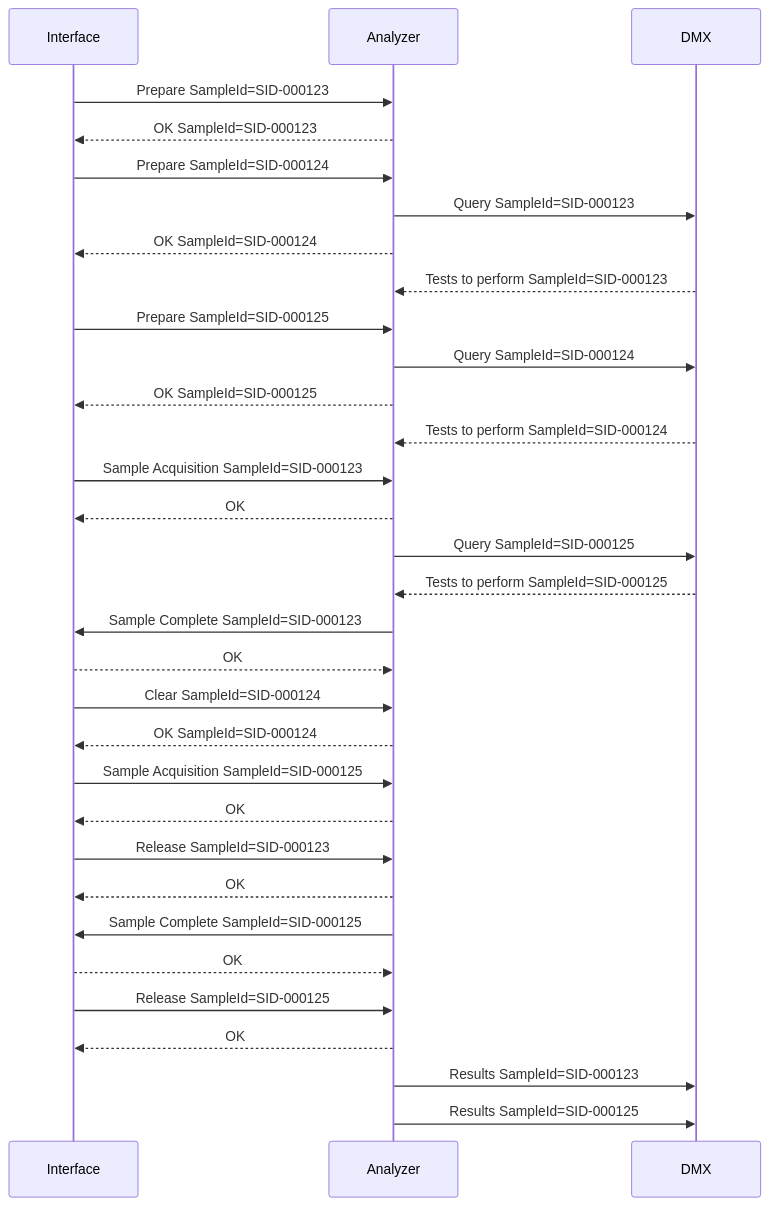
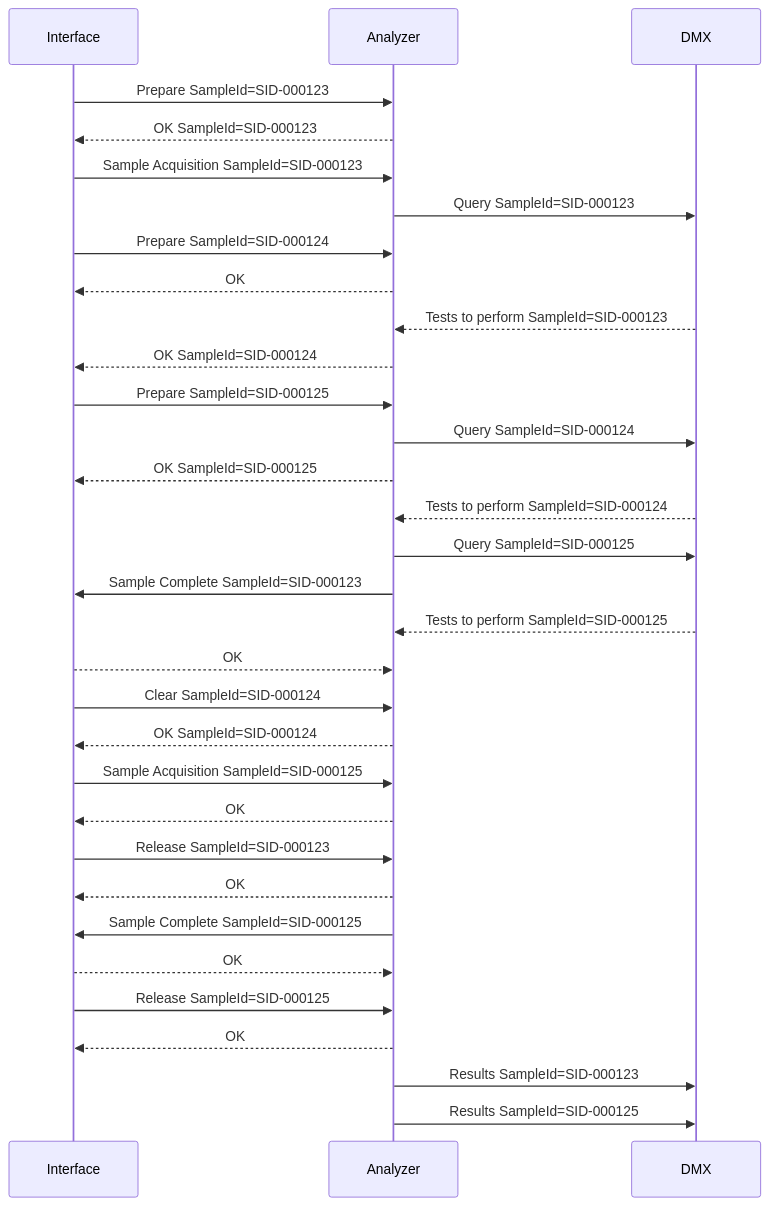
The diagram in scenes/10_spur_clear_missing_carrier.mmd (specialk74/trackviz), drawn with Mermaid before and after one commit. The commit also changed 31 other files, not shown here.

```diff
--- a/scenes/10_spur_clear_missing_carrier.mmd
+++ b/scenes/10_spur_clear_missing_carrier.mmd
@@ -1,187 +1,132 @@
 %% # Scene 10 — spur, a carrier expected in the spur is missing: Clear
 %% # Same situation as scene 03, on a spur. C2 is believed to be diverted (Prepare is sent)
 %% # but physically goes straight on the Main-Lane; its logical position is a dashed ghost
 %% # ("C2L"). C3 queues on top of it. At the sampling point the interface sends Clear for
 %% # C2 and, after the reply, Sample Acquisition for C3.
 %% # Carrier flow: right to left on the Main-Lane; the spur rises perpendicular to it.
 %% # Coordinates are in a fixed 1920x1080 space (track panel: x 30..950, y 120..885).
 %% # Points left of x=30 or right of x=950 are outside the panel (hidden).
 %% geometry spur
 %% subtitle Spur — a carrier expected in the spur is missing, Clear
 sequenceDiagram
     participant IF as Interface
     participant AN as Analyzer
     participant DMX as DMX
 
-    %% carrier C1 SID-000123 route=main_in,nsd,pit_in,spur_in,queue2,queue,sampling,spur_top_in,spur_top_out,spur_out,pit_out,merge,iface_out,main_out,gone speed=110
+    %% carrier C1 SID-000123 route=main_in,nsd,pit_in,spur_in,queue2,queue,sampling,spur_top_in,spur_top_out,spur_out,pit_out,merge,iface_out,main_out,gone
     %% # The real C2: it is not diverted and goes straight on the Main-Lane.
-    %% carrier C2 SID-000124 route=spawn,main_in,nsd,merge,iface_out,main_out,gone speed=110 color=#0EA5E9
+    %% carrier C2 SID-000124 route=spawn,main_in,nsd,merge,iface_out,main_out,gone color=#0EA5E9
     %% # Where the interface believes C2 is: diverted into the spur.
-    %% carrier C2L SID-000124 route=nsd,pit_in,spur_in,queue2,queue,sampling speed=110 color=#0EA5E9 ghost hidden tag=SID-000124_(expected)
-    %% carrier C3 SID-000125 route=spawn,main_in,nsd,pit_in,spur_in,queue2,queue,sampling,spur_top_in,spur_top_out,spur_out,pit_out,merge,iface_out,main_out,gone speed=110 color=#DB2777
+    %% carrier C2L SID-000124 route=nsd,pit_in,spur_in,queue2,queue,sampling color=#0EA5E9 ghost hidden tag=SID-000124_(expected)
+    %% carrier C3 SID-000125 route=spawn,main_in,nsd,pit_in,spur_in,queue2,queue,sampling,spur_top_in,spur_top_out,spur_out,pit_out,merge,iface_out,main_out,gone color=#DB2777
 
-    %% at 0
     %% caption 1 · Three carriers | Three carriers holding sample tubes travel on the Main-Lane towards the spur of the analyzer interface.
-    %% at 1.5
-    %% move C1 to nsd ease=in
-    %% when C1 at nsd
-    %% move C1 to sampling ease=out
-    %% when C1 at nsd
-    %% caption 2 · Diverted — Prepare | The first carrier is diverted into the spur without stopping: the interface sends Prepare to the analyzer.
-    %% when C1 at nsd
+    %% at 2.2
+    %% move C1 to sampling
+    %% on antenna1 C1
+    %% caption 2 · Diverted — Prepare — Sample Acquisition | The first carrier is diverted into the spur without stopping (Prepare) and stopped by the gate on the sampling point: Sample Acquisition, then the analyzer aspirates.
+    %% on antenna1 C1
     %% highlight nsd duration=2
-    %% when C1 at nsd
+    %% on antenna1
     IF->>AN: Prepare SampleId=SID-000123
-    %% at 3.59
-    %% move C2 to gone ease=linear
-    %% when prepare C1 sent
-    %% delay 1.629
+    %% after 0.1
     AN-->>IF: OK SampleId=SID-000123
-    %% when C2 at nsd
+
+    %% at 4.9
+    %% move C2 to gone
+    %% on antenna2
+    IF->>AN: Sample Acquisition SampleId=SID-000123
+    %% after 0.1 OK C1
+    AN->>DMX: Query SampleId=SID-000123
+    %% # C2 reaches the NSD: logically diverted (ghost appears), physically straight on.
+    %% on antenna1 C2
+    %% caption 3 · Physically straight, logically diverted | The second carrier should be diverted too, and the interface sends Prepare. But physically it goes straight on the Main-Lane: the dashed outline is where the interface believes it is.
+    %% on antenna1 C2
+    %% highlight nsd duration=2
+    %% on antenna1 C2
+    %% show C2L duration=0.4
+    %% on antenna1 C2
+    %% move C2L to queue
+    %% on antenna1
     IF->>AN: Prepare SampleId=SID-000124
-    %% when sample_ok C1 sent
-    %% delay 0.8
-    %% highlight nsd duration=2
-    %% when sample_ok C1 sent
-    %% delay 0.8
-    %% caption 3 · Physically straight, logically diverted | The second carrier should be diverted too, and the interface sends Prepare. But physically it goes straight on the Main-Lane: the dashed outline is where the interface believes it is.
-    %% when sample_ok C1 sent
-    %% delay 0.8
-    %% show C2L duration=0.4
-    %% at 5.5
-    %% move C2L to queue ease=out
-    %% when sample_ok C1 arrived
-    %% delay 0.1
-    AN->>DMX: Query SampleId=SID-000123
-    %% at 6.59
-    %% move C3 to nsd ease=linear
-    %% when prepare C2 sent
-    %% delay 1.6
-    AN-->>IF: OK SampleId=SID-000124
-    %% when query C1 sent
-    %% delay 1.8
-    DMX-->>AN: Tests to perform SampleId=SID-000123
-    %% when C3 at nsd
-    %% move C3 to queue ease=out
-    %% when C3 at nsd
-    %% highlight nsd duration=2
-    %% when C3 at nsd
-    %% caption 4 · Third carrier — Prepare | The third carrier is diverted into the spur: Prepare. For each Prepare the analyzer asks DMX which tests to perform.
-    %% when C3 at nsd
-    IF->>AN: Prepare SampleId=SID-000125
-    %% when tests C1 arrived
-    %% delay 0.1
-    AN->>DMX: Query SampleId=SID-000124
-    %% when prepare C3 sent
-    %% delay 1.601
-    AN-->>IF: OK SampleId=SID-000125
-    %% when query C2 arrived
-    %% delay 0.1
-    %% caption 5 · Sample Acquisition — the others queue up | The first carrier is at the sampling point: Sample Acquisition, and the analyzer aspirates. The second (expected) and the third carrier queue up below it.
-    %% when query C2 sent
-    %% delay 1.7
-    DMX-->>AN: Tests to perform SampleId=SID-000124
-    %% when C1 at sampling
-    %% delay 2.062
-    IF->>AN: Sample Acquisition SampleId=SID-000123
-    %% when sample_acquisition C1 arrived
-    %% delay 0.1
+    %% after 0.1 Sample Acquisition C1
     %% for C1
     AN-->>IF: OK
-    %% when analyzer_ok C1 arrived
-    %% delay 0.1
+    %% after 0.1 Query C1
+    DMX-->>AN: Tests to perform SampleId=SID-000123
+    %% after 0.1 Prepare C2
+    AN-->>IF: OK SampleId=SID-000124
+
+    %% at 7.9
+    %% move C3 to queue
+    %% after 0.1 OK C1
     %% pipette sp duration=5
-    %% when tests C2 arrived
-    %% delay 0.1
+    %% on antenna1 C3
+    %% caption 4 · Third carrier — one position, two carriers | The third carrier is diverted (Prepare) and stops in the queue on the same position as the second one: the second is not physically there, it went straight on along the Main-Lane.
+    %% on antenna1 C3
+    %% highlight nsd duration=2
+    %% on antenna1
+    IF->>AN: Prepare SampleId=SID-000125
+    %% after 0.1 OK C2
+    AN->>DMX: Query SampleId=SID-000124
+    %% after 0.1 Prepare C3
+    AN-->>IF: OK SampleId=SID-000125
+    %% after 0.1 Query C2
+    DMX-->>AN: Tests to perform SampleId=SID-000124
+    %% after 0.1
     AN->>DMX: Query SampleId=SID-000125
-    %% when C3 at queue
-    %% delay 0.091
-    %% caption 6 · One position, two carriers | The third carrier stops on the same queue position as the second one: the second is not physically there, it went straight on along the Main-Lane.
-    %% when query C3 sent
-    %% delay 1.7
+
+    %% after 0.3 pipette sp
+    %% caption 5 · Sample Complete | Sampling is finished: Sample Complete. The first carrier is released, and the queue moves up to the sampling point.
+    %% after 0.3 pipette sp
+    AN->>IF: Sample Complete SampleId=SID-000123
+    %% after 0.1 Query C3
     DMX-->>AN: Tests to perform SampleId=SID-000125
-    %% when pipette sp done
-    %% delay 0.2
-    %% caption 7 · Sample Complete | Sampling is finished: Sample Complete. The first carrier is released, and the queue moves up to the sampling point.
-    %% when pipette sp done
-    %% delay 0.2
-    AN->>IF: Sample Complete SampleId=SID-000123
-    %% when sample_complete C1 arrived
-    %% delay 0.1
+    %% after 0.1 Sample Complete C1
     %% for C1
     IF-->>AN: OK
-    %% when interface_ok C1 sent
-    %% move C1 to spur_top_in ease=in
-    %% when interface_ok C1 sent
-    %% delay 0.6
-    %% move C2L to sampling ease=inout duration=1.2
-    %% when interface_ok C1 sent
-    %% delay 0.6
-    %% move C3 to sampling ease=inout duration=1.2
-    %% when C3 at sampling
-    %% delay 0.2
-    %% caption 8 · Clear | The interface expects the second sample at the sampling point, but finds the third one: the second never arrived. It sends Clear for the second sample and waits for the reply.
-    %% when C3 at sampling
-    %% delay 0.2
+    %% move C1 to gone
+    %% after 0 OK C1
+    %% move C2L to sampling
+    %% after 0 OK C1
+    %% move C3 to sampling
+    %% after 0.2 antenna2 C3
+    %% caption 6 · Clear | The interface expects the second sample at the sampling point, but finds the third one: the second never arrived. It sends Clear for the second sample and waits for the reply.
+    %% after 0.2 antenna2 C3
     IF->>AN: Clear SampleId=SID-000124
-    %% when C1 at spur_top_in
-    %% move C1 to merge ease=linear
-    %% when clear C2 sent
-    %% delay 1.6
+    %% after 0.1
     AN-->>IF: OK SampleId=SID-000124
-    %% when sample_ok C2 arrived
     %% hide C2L duration=0.6
-    %% when sample_ok C2 arrived
-    %% delay 0.3
-    %% caption 9 · Sample Acquisition | Only after the reply to Clear the interface sends Sample Acquisition for the third sample.
-    %% when C3 at sampling
-    %% delay 3.6
+    %% after 0.2 OK C2
+    %% caption 7 · Sample Acquisition — Release | Only after the reply to Clear the interface sends Sample Acquisition for the third sample. Meanwhile the first carrier leaves the module: Release.
+    %% after 0.2 OK C2
     IF->>AN: Sample Acquisition SampleId=SID-000125
-    %% when sample_acquisition C3 arrived
-    %% delay 0.1
+    %% after 0.1
     %% for C3
     AN-->>IF: OK
-    %% when analyzer_ok C3 arrived
-    %% delay 0.1
+    %% on antenna3
+    IF->>AN: Release SampleId=SID-000123
+    %% after 0.1 OK C3
     %% pipette sp duration=4.5
-    %% when C1 at merge
-    %% move C1 to gone ease=out
-    %% when C1 at iface_out
-    %% caption 10 · Release | The first carrier has left the interface module: Release.
-    %% when C1 at iface_out
-    IF->>AN: Release SampleId=SID-000123
-    %% when release C1 arrived
-    %% delay 0.1
+    %% after 0.1 Release C1
     %% for C1
     AN-->>IF: OK
-    %% when pipette sp done
-    %% delay 0.2
-    %% caption 11 · Back to normal | Sample Complete for the third sample: the carrier goes round the spur and, once it has left the module, the interface sends Release.
-    %% when pipette sp done
-    %% delay 0.2
+    %% after 0.2 pipette sp
+    %% caption 8 · Back to normal | Sample Complete for the third sample: the carrier goes round the spur and, once it has left the module, the interface sends Release.
+    %% after 0.2 pipette sp
     AN->>IF: Sample Complete SampleId=SID-000125
-    %% when sample_complete C3 arrived
-    %% delay 0.1
+    %% after 0.1
     %% for C3
     IF-->>AN: OK
-    %% when interface_ok C3 sent
-    %% move C3 to spur_top_in ease=in
-    %% when C3 at spur_top_in
-    %% move C3 to merge ease=linear
-    %% when C3 at merge
-    %% move C3 to gone ease=out
-    %% when C3 at iface_out
+    %% move C3 to gone
+    %% on antenna3
     IF->>AN: Release SampleId=SID-000125
-    %% when release C3 arrived
-    %% delay 0.1
+    %% after 0.1
     %% for C3
     AN-->>IF: OK
-    %% when analyzer_ok C3 arrived
-    %% delay 0.5
-    %% caption 12 · Results | Later, when the analysis is complete, the analyzer sends the results to DMX.
-    %% when analyzer_ok C3 arrived
-    %% delay 0.5
+    %% after 0.5
+    %% caption 9 · Results | Later, when the analysis is complete, the analyzer sends the results to DMX.
+    %% after 0.5 OK C3
     AN->>DMX: Results SampleId=SID-000123
-    %% when results C1 arrived
-    %% delay 0.2
+    %% after 0.2
     AN->>DMX: Results SampleId=SID-000125
```
